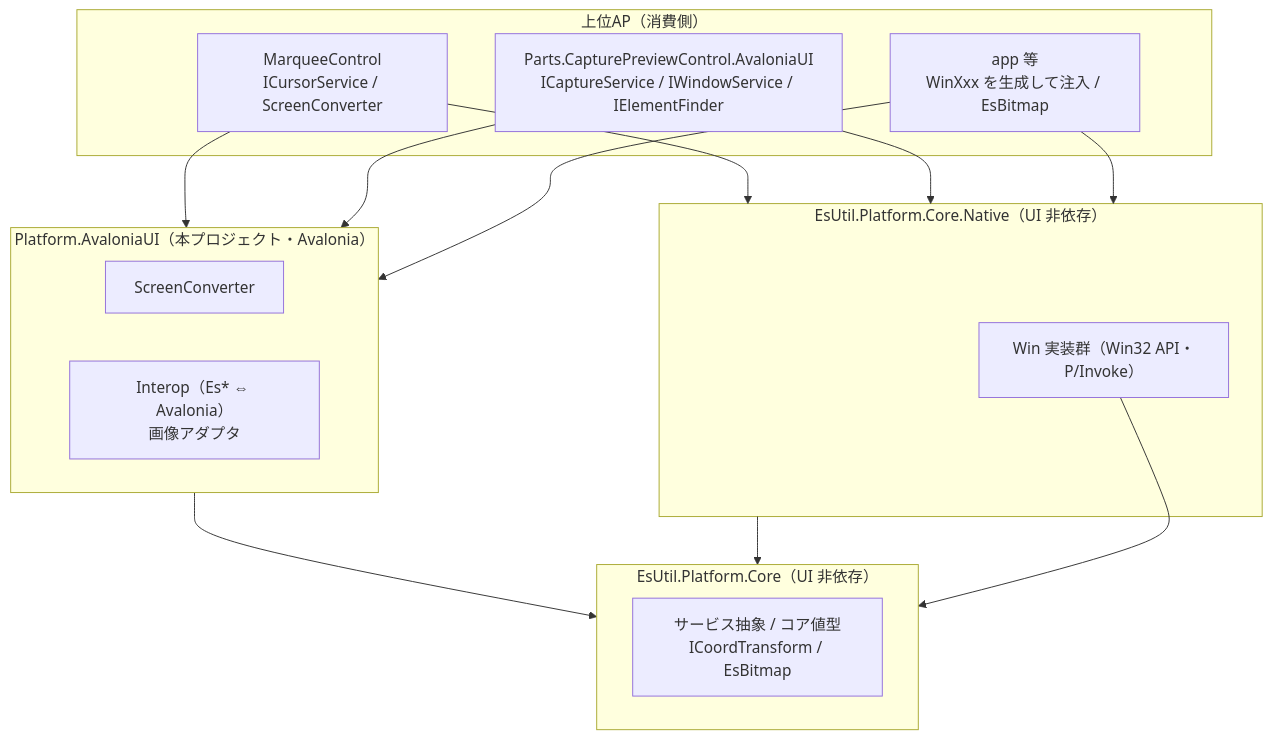
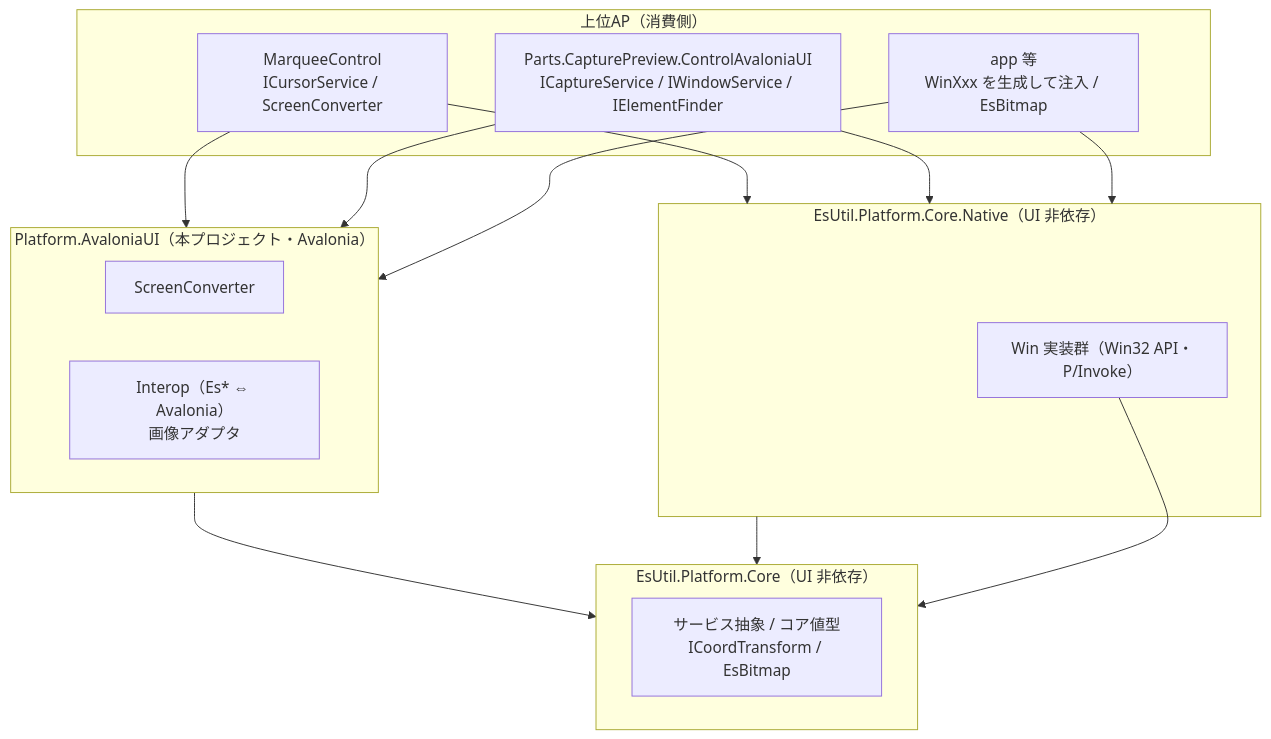
One commit to tomokuni/SaveEvidence changed the diagram in src/Platform.AvaloniaUI/docs/SPEC_System.md. Above: the diagram before and after it, drawn with Mermaid. The commit also changed other lines of this file and 248 other files, not shown here.

First line of the commit message:
撮影スタックのプロジェクト名を CapturePreview へ統一する

````diff
--- a/src/Platform.AvaloniaUI/docs/SPEC_System.md
+++ b/src/Platform.AvaloniaUI/docs/SPEC_System.md
@@ -68,28 +68,28 @@
 ```mermaid
 flowchart TB
     subgraph Host["上位AP（消費側）"]
         DR["MarqueeControl<br/>ICursorService / ScreenConverter"]
-        SC["Parts.CapturePreviewControl.AvaloniaUI<br/>ICaptureService / IWindowService / IElementFinder"]
+        SC["Parts.CapturePreview.ControlAvaloniaUI<br/>ICaptureService / IWindowService / IElementFinder"]
         AP["app 等<br/>WinXxx を生成して注入 / EsBitmap"]
     end
     subgraph PF["Platform.AvaloniaUI（本プロジェクト・Avalonia）"]
         Conv["ScreenConverter"]
         Interop["Interop（Es* ⇔ Avalonia）<br/>画像アダプタ"]
     end
     subgraph Native["EsUtil.Platform.Core.Native（UI 非依存）"]
         WInp["Win 実装群（Win32 API・P/Invoke）"]
     end
     subgraph Core["EsUtil.Platform.Core（UI 非依存）"]
         Intf["サービス抽象 / コア値型<br/>ICoordTransform / EsBitmap"]
     end
 
     DR --> PF
     SC --> PF
     AP --> PF
     DR --> Native
     SC --> Native
     AP --> Native
     PF --> Core
     Native --> Core
     WInp --> Core
 ```
````
